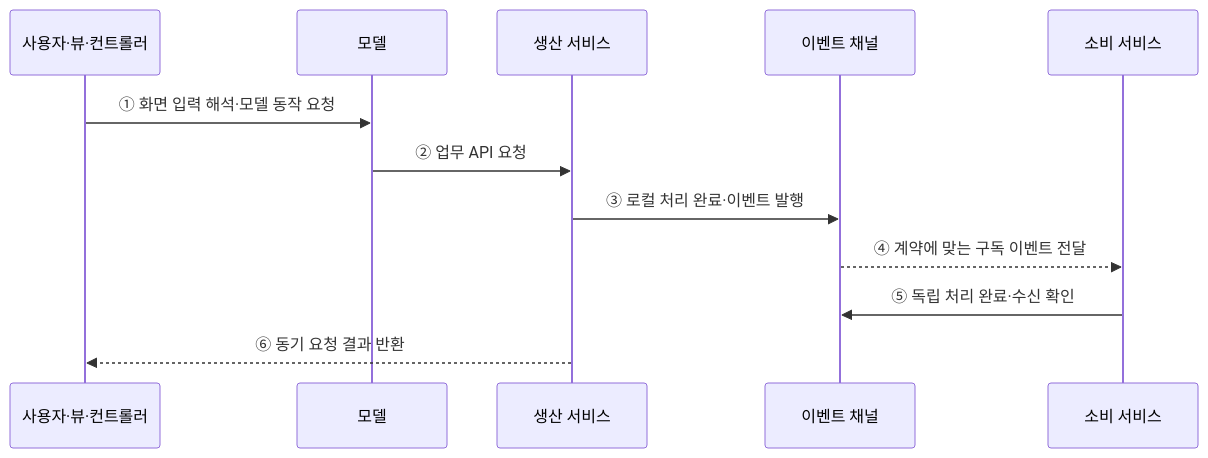
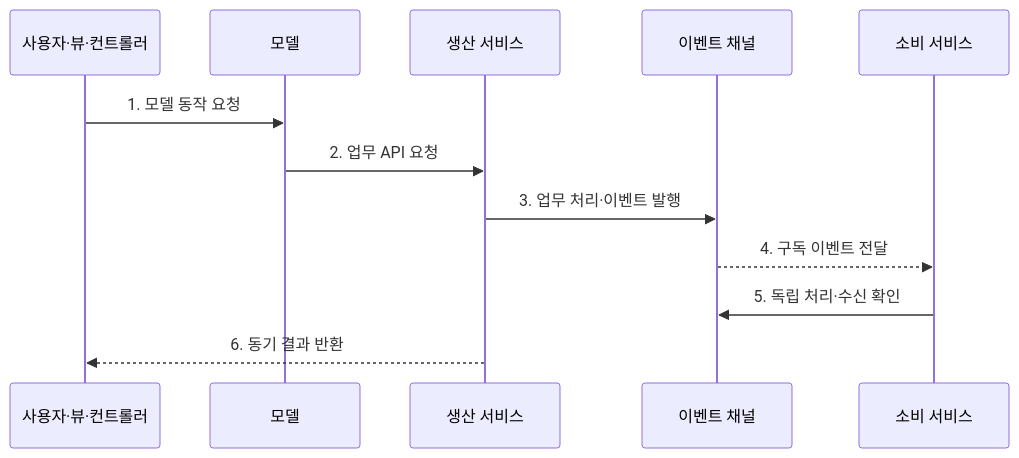
One commit to agnusdei1207/knowledge-base changed the second of 2 diagrams in src/content/docs/notes/03-software/038_architecture_patterns.md. Above: the diagram before and after it, drawn with Mermaid. The commit also changed other lines of this file and 20 other files, not shown here.

````diff
--- a/src/content/docs/notes/03-software/038_architecture_patterns.md
+++ b/src/content/docs/notes/03-software/038_architecture_patterns.md
@@ -94,14 +84,14 @@
 ```mermaid
 sequenceDiagram
     participant U as 사용자·뷰·컨트롤러
     participant M as 모델
     participant P as 생산 서비스
     participant E as 이벤트 채널
     participant Q as 소비 서비스
-    U->>M: ① 화면 입력 해석·모델 동작 요청
-    M->>P: ② 업무 API 요청
-    P->>E: ③ 로컬 처리 완료·이벤트 발행
-    E-->>Q: ④ 계약에 맞는 구독 이벤트 전달
-    Q->>E: ⑤ 독립 처리 완료·수신 확인
-    P-->>U: ⑥ 동기 요청 결과 반환
+    U->>M: 1. 모델 동작 요청
+    M->>P: 2. 업무 API 요청
+    P->>E: 3. 업무 처리·이벤트 발행
+    E-->>Q: 4. 구독 이벤트 전달
+    Q->>E: 5. 독립 처리·수신 확인
+    P-->>U: 6. 동기 결과 반환
 ```
````
